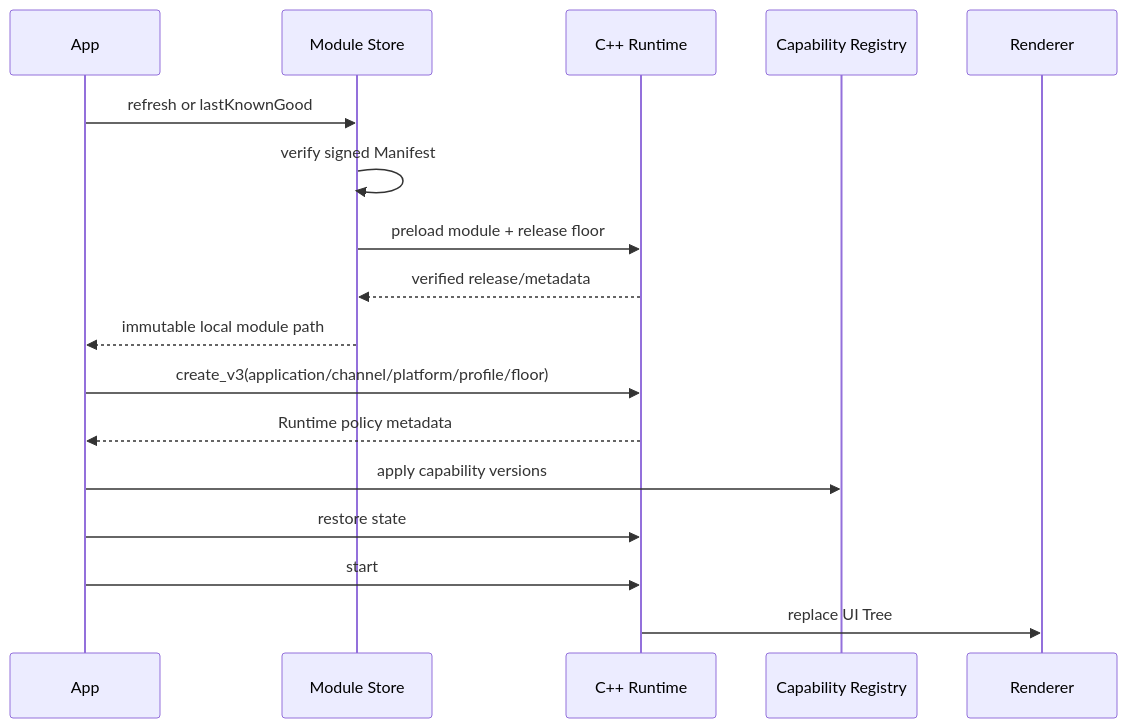
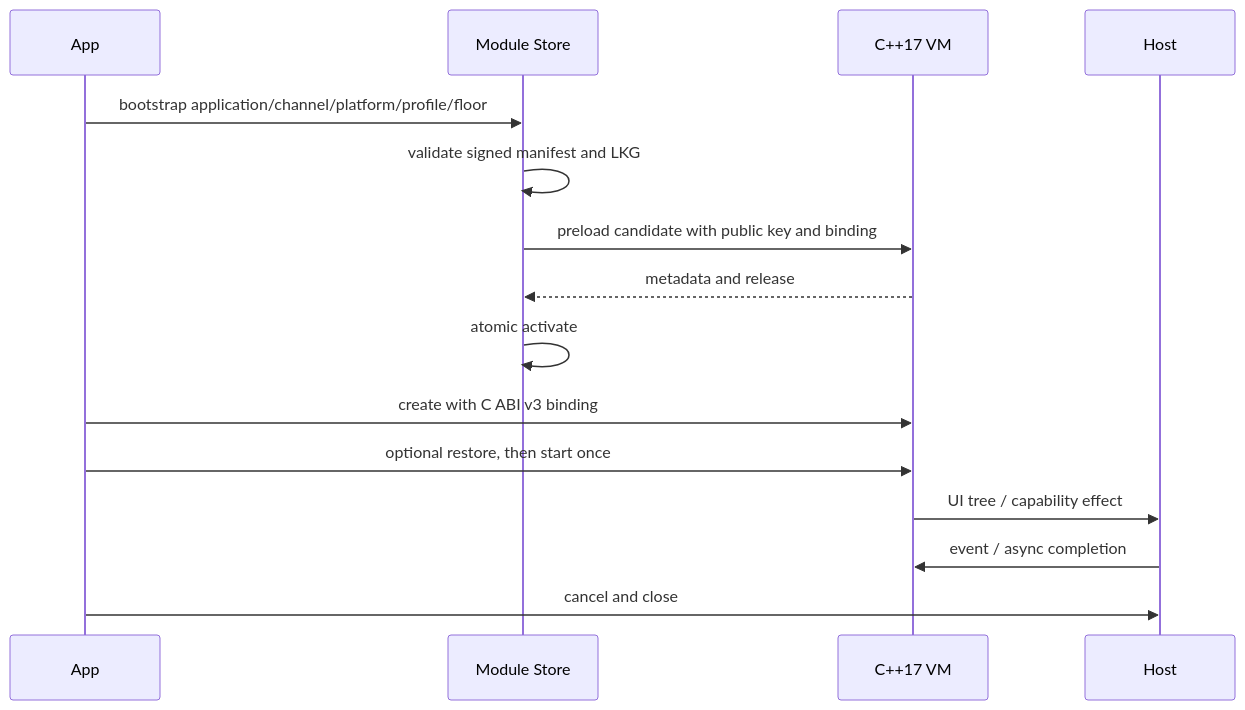
The diagram in docs/PLATFORM_INTEGRATION.md (kairowan/PVM-Runtime), drawn with Mermaid before and after one commit. The commit also changed other lines of this file and 38 other files, not shown here.

````diff
--- a/docs/PLATFORM_INTEGRATION.md
+++ b/docs/PLATFORM_INTEGRATION.md
@@ -15,20 +17,18 @@
 ```mermaid
 sequenceDiagram
     participant App
     participant Store as Module Store
-    participant VM as C++ Runtime
-    participant Registry as Capability Registry
-    participant Renderer
+    participant VM as C++17 VM
+    participant Host
 
-    App->>Store: refresh or lastKnownGood
-    Store->>Store: verify signed Manifest
-    Store->>VM: preload module + release floor
-    VM-->>Store: verified release/metadata
-    Store-->>App: immutable local module path
-    App->>VM: create_v3(application/channel/platform/profile/floor)
-    VM-->>App: Runtime policy metadata
-    App->>Registry: apply capability versions
-    App->>VM: restore state
-    App->>VM: start
-    VM->>Renderer: replace UI Tree
+    App->>Store: bootstrap application/channel/platform/profile/floor
+    Store->>Store: validate signed manifest and LKG
+    Store->>VM: preload candidate with public key and binding
+    VM-->>Store: metadata and release
+    Store->>Store: atomic activate
+    App->>VM: create with C ABI v3 binding
+    App->>VM: optional restore, then start once
+    VM->>Host: UI tree / capability effect
+    Host->>VM: event / async completion
+    App->>Host: cancel and close
 ```
````
